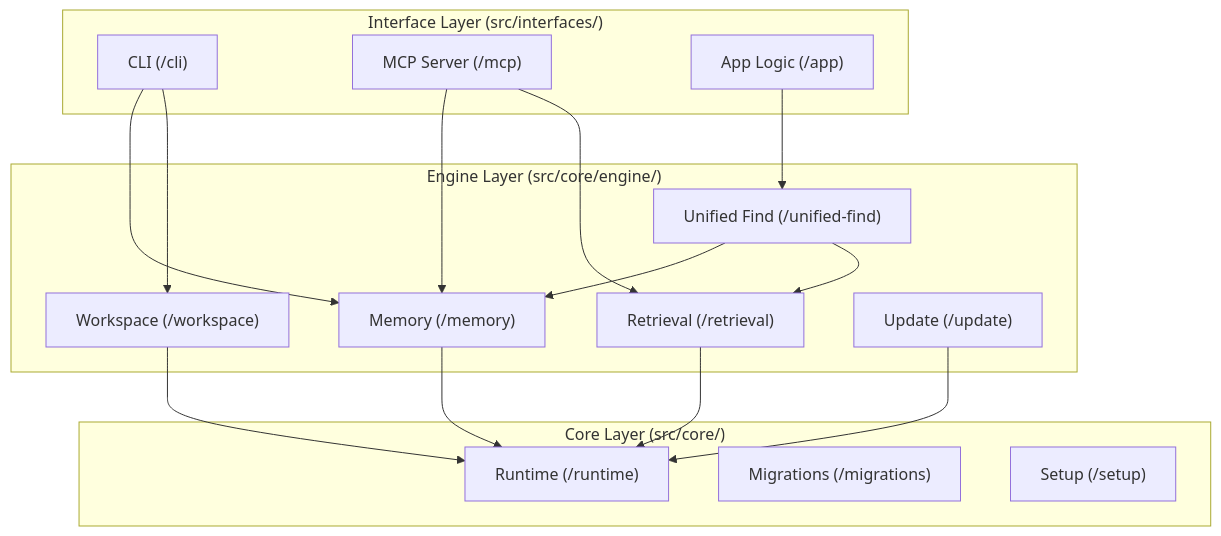
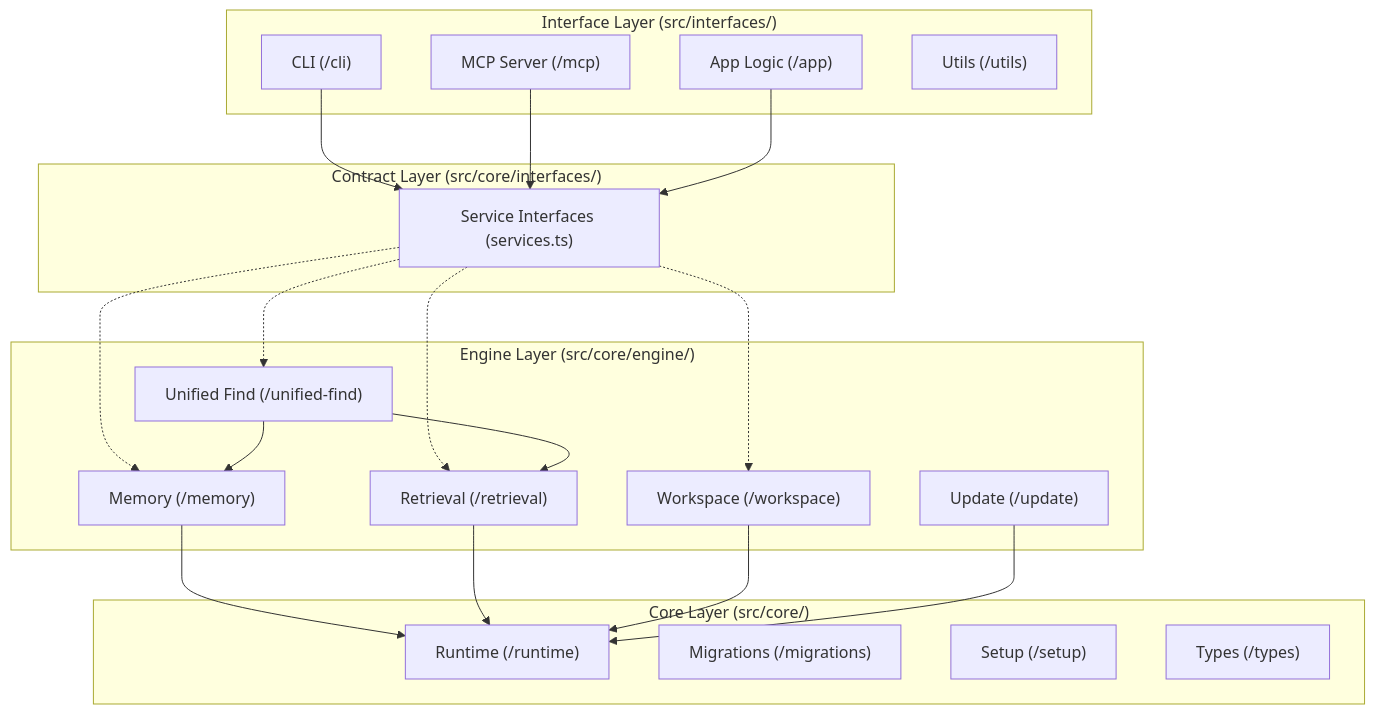
The diagram in ARCHITECTURE.md (TheJenilDGohel/Synapse), drawn with Mermaid before and after one commit. The commit also changed other lines of this file and 2 other files, not shown here.

````diff
--- a/ARCHITECTURE.md
+++ b/ARCHITECTURE.md
@@ -7,36 +7,45 @@
 ```mermaid
 graph TD
     subgraph "Interface Layer (src/interfaces/)"
         CLI["CLI (/cli)"]
         MCP["MCP Server (/mcp)"]
         App["App Logic (/app)"]
+        Utils["Utils (/utils)"]
+    end
+
+    subgraph "Contract Layer (src/core/interfaces/)"
+        Services["Service Interfaces (services.ts)"]
     end
 
     subgraph "Engine Layer (src/core/engine/)"
         Memory["Memory (/memory)"]
         Retrieval["Retrieval (/retrieval)"]
         Workspace["Workspace (/workspace)"]
         UnifiedFind["Unified Find (/unified-find)"]
         Update["Update (/update)"]
     end
 
     subgraph "Core Layer (src/core/)"
         Runtime["Runtime (/runtime)"]
         Migrations["Migrations (/migrations)"]
         Setup["Setup (/setup)"]
+        Types["Types (/types)"]
     end
 
-    CLI --> Memory
-    CLI --> Workspace
-    MCP --> Memory
-    MCP --> Retrieval
-    App --> UnifiedFind
+    CLI --> Services
+    MCP --> Services
+    App --> Services
+    
+    Services -.-> Memory
+    Services -.-> Retrieval
+    Services -.-> Workspace
+    Services -.-> UnifiedFind
 
     Memory --> Runtime
     Retrieval --> Runtime
     Workspace --> Runtime
     UnifiedFind --> Memory
     UnifiedFind --> Retrieval
 
     Update --> Runtime
 ```
````
